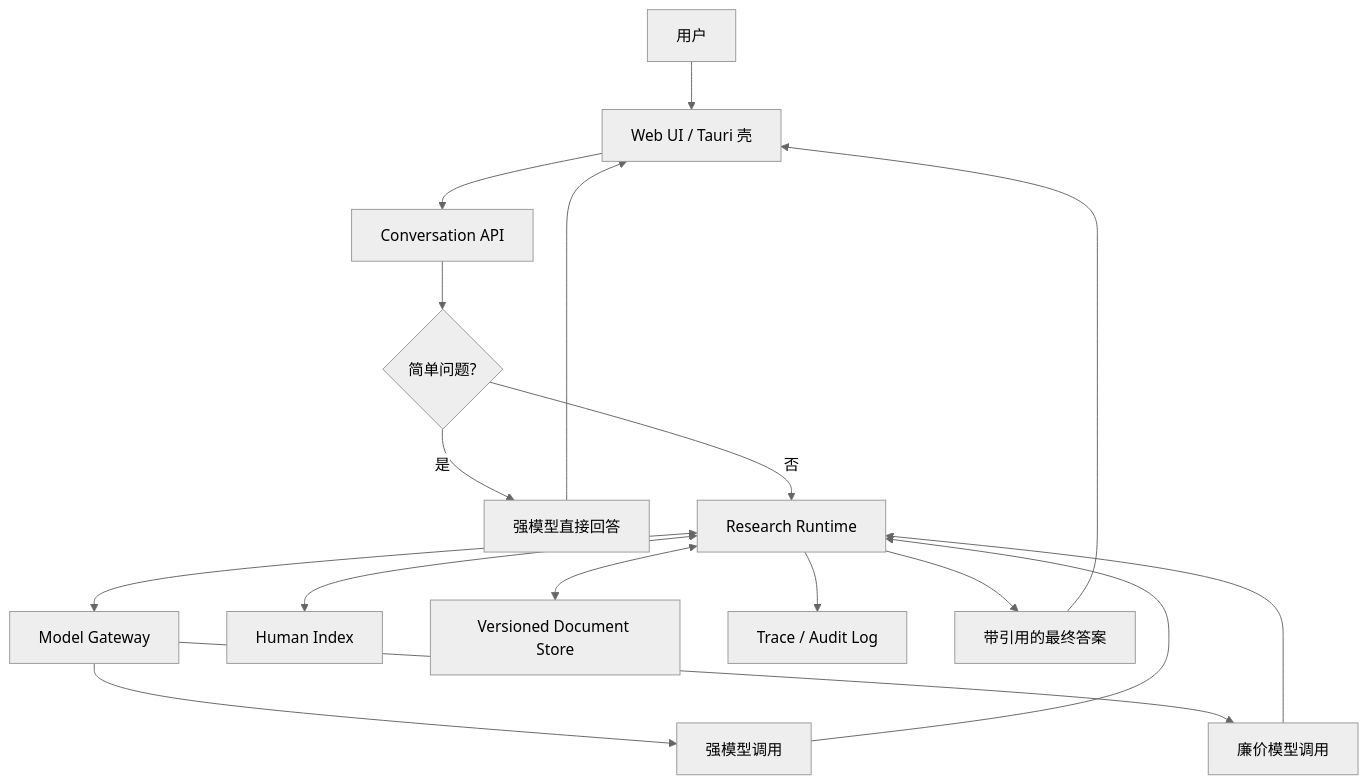
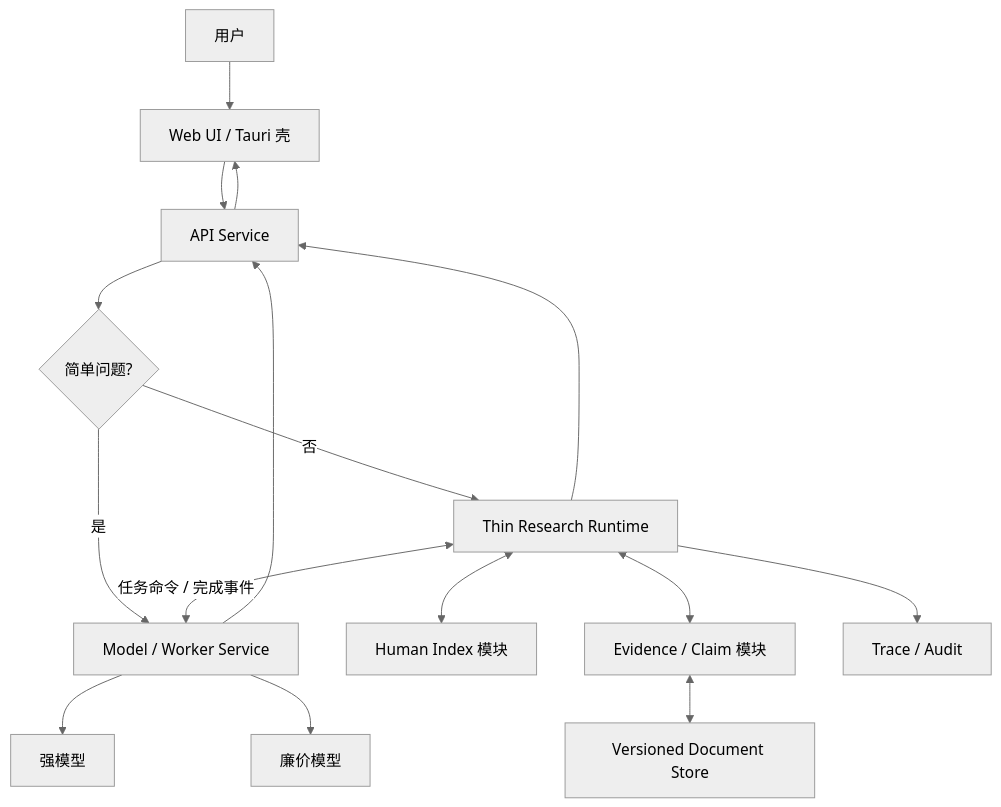
Before and after one commit to SuperCatQR/traceable-research-runtime: the first of 2 diagrams in docs/architecture.md, drawn with Mermaid (neutral theme). The commit also changed other lines of this file and 1 other file, not shown here.

Commit message:
docs: adopt thin microservice architecture

````diff
--- a/docs/architecture.md
+++ b/docs/architecture.md
@@ -49,22 +49,21 @@
 ```mermaid
 flowchart TB
     U[用户] --> UI[Web UI / Tauri 壳]
-    UI --> API[Conversation API]
+    UI --> API[API Service]
     API --> G{简单问题?}
-    G -->|是| S[强模型直接回答]
-    G -->|否| R[Research Runtime]
+    G -->|是| MS[Model / Worker Service]
+    G -->|否| R[Thin Research Runtime]
 
-    R <--> M[Model Gateway]
-    M --> SM[强模型调用]
-    M --> CM[廉价模型调用]
+    R <-->|任务命令 / 完成事件| MS
+    MS --> SM[强模型]
+    MS --> CM[廉价模型]
 
-    R <--> I[Human Index]
-    R <--> D[Versioned Document Store]
-    R --> A[Trace / Audit Log]
+    R <--> I[Human Index 模块]
+    R <--> E[Evidence / Claim 模块]
+    E <--> D[Versioned Document Store]
+    R --> A[Trace / Audit]
 
-    SM --> R
-    CM --> R
-    S --> UI
-    R --> F[带引用的最终答案]
-    F --> UI
+    MS --> API
+    R --> API
+    API --> UI
 ```
````
